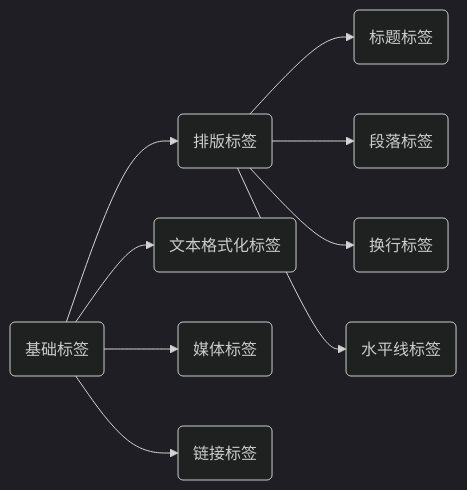
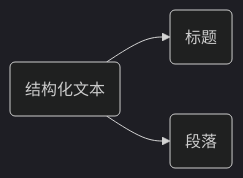
The diagram in b-html/2-基础.md (hughxusu/lesson-web), drawn with Mermaid (dark theme) before and after one commit. The commit also changed other lines of this file and 3 other files, not shown here.

````diff
--- a/b-html/2-基础.md
+++ b/b-html/2-基础.md
@@ -3,11 +7,6 @@
 ```mermaid
 flowchart LR
-    a(基础标签) --> b(排版标签) 
-    a --> c(文本格式化标签)
-    a --> d(媒体标签)
-    a --> e(链接标签)
-    b --> b1(标题标签)
-    b --> b2(段落标签)
-    b --> b3(换行标签)
-    b --> b4(水平线标签)
+    a(结构化文本) --> b(标题) 
+    a --> c(段落)
+
 ```
````
